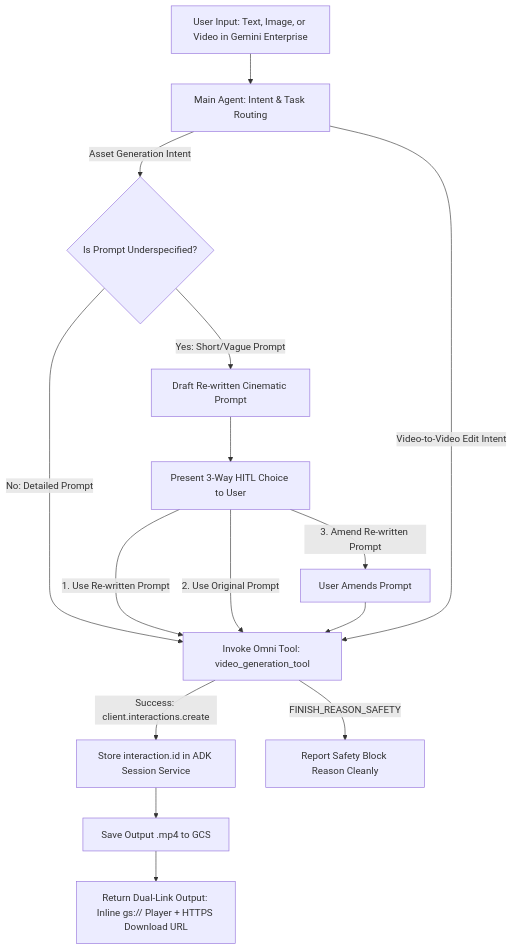
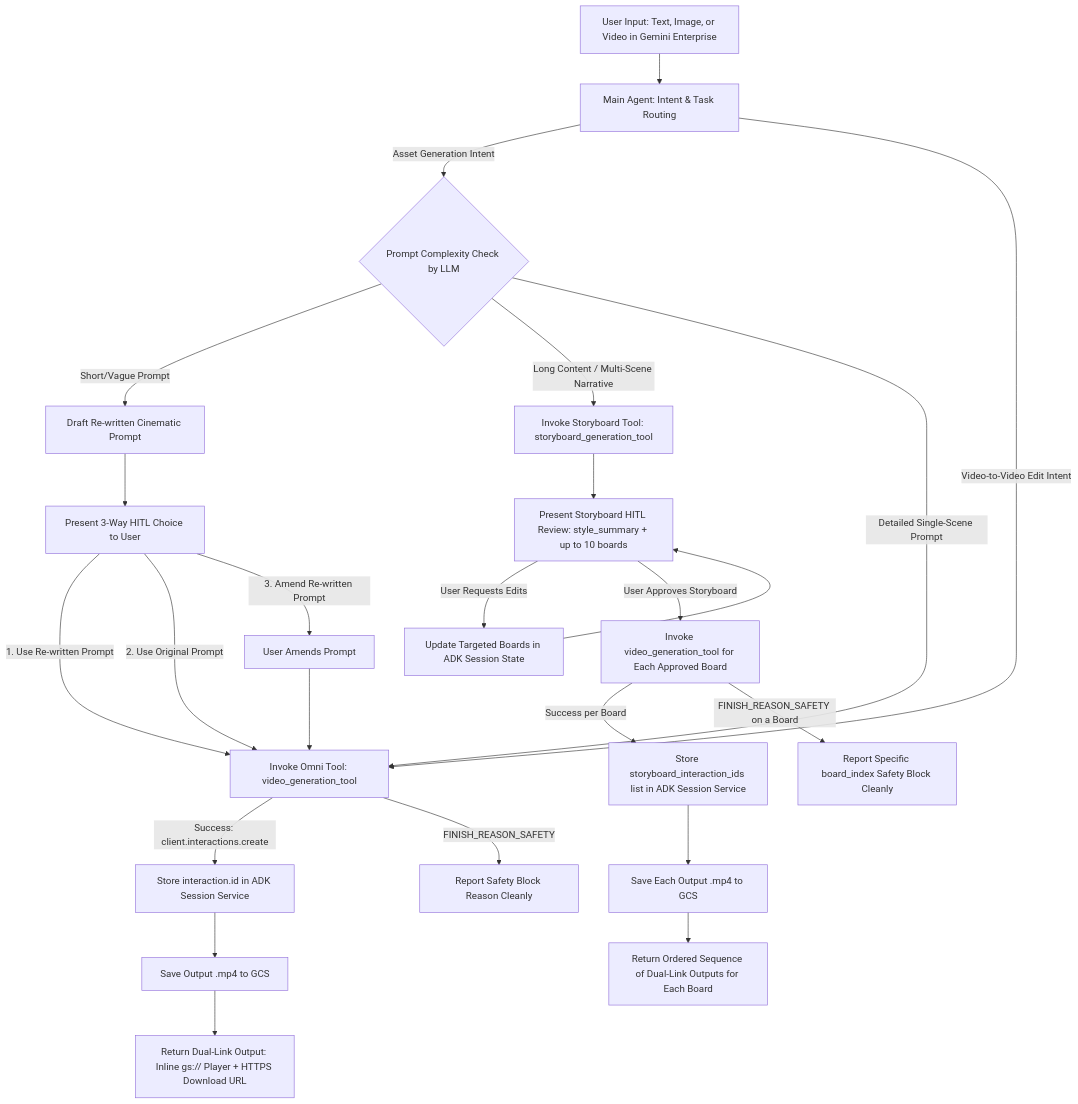
Before and after one commit to rootto/omni-agent: the diagram in SPEC.md, drawn with Mermaid. The commit also changed other lines of this file and 11 other files, not shown here.

First line of the commit message:
feat(storyboard): add CUJ-8 long-form storyboard creation, MPEG-TS clip merging, and zero-hardcoding compliance

````diff
--- a/SPEC.md
+++ b/SPEC.md
@@ -30,21 +32,29 @@
 ```mermaid
 flowchart TD
     A[User Input: Text, Image, or Video in Gemini Enterprise] --> B[Main Agent: Intent & Task Routing]
-    B -->|Asset Generation Intent| C{Is Prompt Underspecified?}
+    B -->|Asset Generation Intent| C{Prompt Complexity Check by LLM}
     
-    C -->|No: Detailed Prompt| D[Invoke Omni Tool: video_generation_tool]
-    C -->|Yes: Short/Vague Prompt| E[Draft Re-written Cinematic Prompt]
-    
+    C -->|Short/Vague Prompt| E[Draft Re-written Cinematic Prompt]
     E --> F[Present 3-Way HITL Choice to User]
-    F -->|1. Use Re-written Prompt| D
+    F -->|1. Use Re-written Prompt| D[Invoke Omni Tool: video_generation_tool]
     F -->|2. Use Original Prompt| D
     F -->|3. Amend Re-written Prompt| G[User Amends Prompt] --> D
     
+    C -->|Long Content / Multi-Scene Narrative| L[Invoke Storyboard Tool: storyboard_generation_tool]
+    L --> M[Present Storyboard HITL Review: style_summary + up to 10 boards]
+    M -->|User Requests Edits| N[Update Targeted Boards in ADK Session State] --> M
+    M -->|User Approves Storyboard| O[Invoke video_generation_tool for Each Approved Board]
+    
+    C -->|Detailed Single-Scene Prompt| D
     B -->|Video-to-Video Edit Intent| D
     
     D -->|Success: client.interactions.create| H[Store interaction.id in ADK Session Service]
+    O -->|Success per Board| P[Store storyboard_interaction_ids list in ADK Session Service]
     H --> I[Save Output .mp4 to GCS]
+    P --> Q[Save Each Output .mp4 to GCS]
     D -->|FINISH_REASON_SAFETY| J[Report Safety Block Reason Cleanly]
+    O -->|FINISH_REASON_SAFETY on a Board| R[Report Specific board_index Safety Block Cleanly]
     
     I --> K[Return Dual-Link Output: Inline gs:// Player + HTTPS Download URL]
+    Q --> S[Return Ordered Sequence of Dual-Link Outputs for Each Board]
 ```
````
